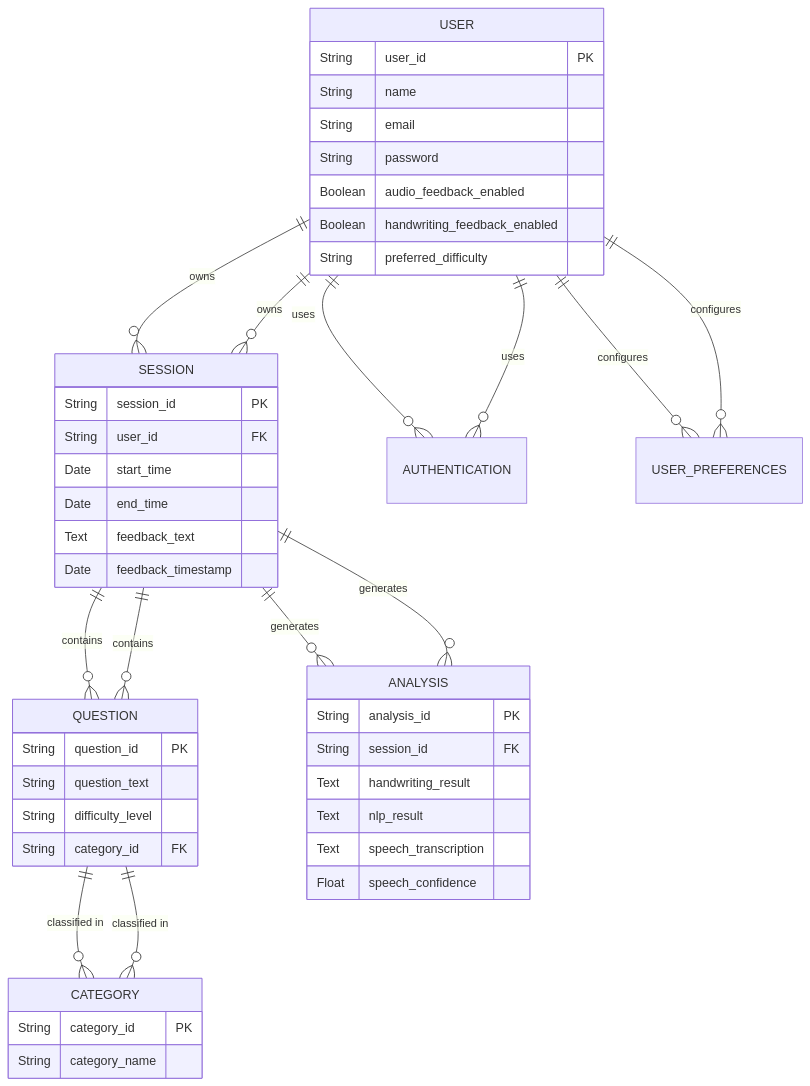
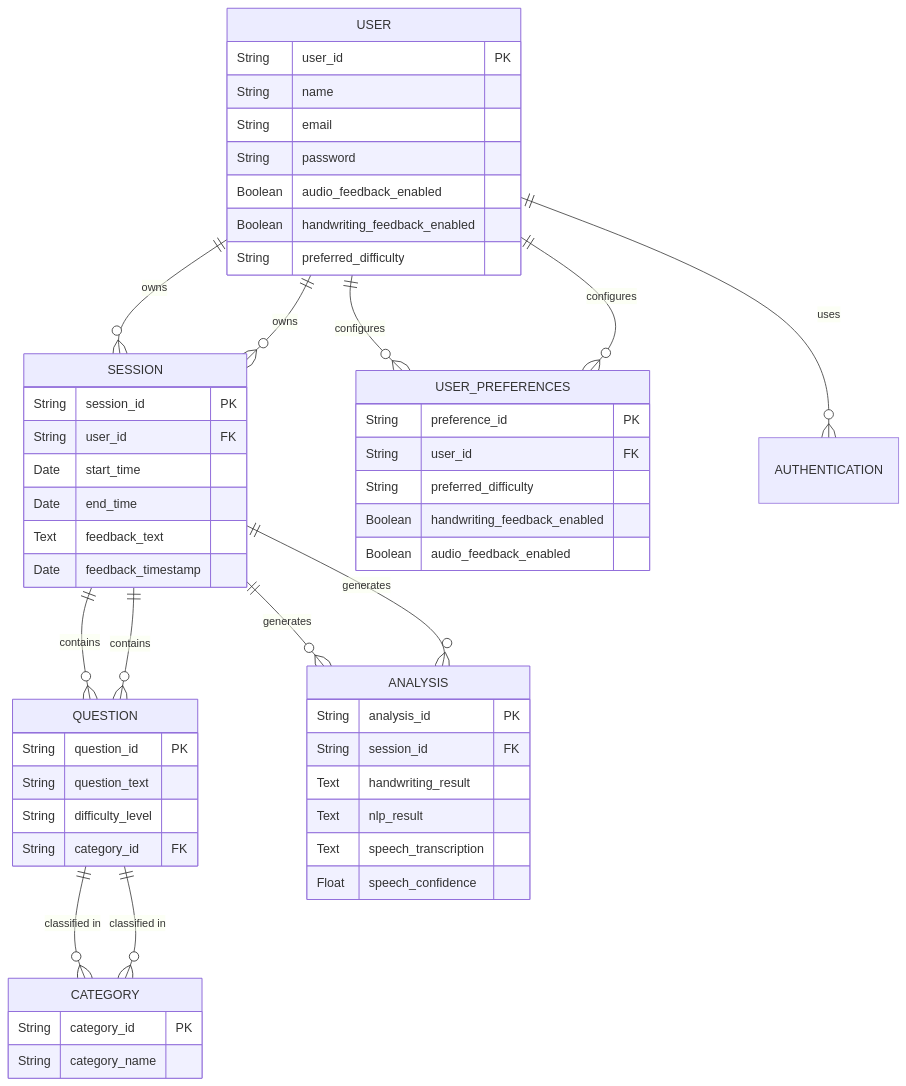
One commit to capstone-projects-2024-fall/project-whiteboardflow changed the diagram in documentation/docs/system-architecture/Database Diagrams.md. Above: the diagram before and after it, drawn with Mermaid. The commit also changed other lines of this file, not shown here.

Commit message:
Update Database Diagrams.md

````diff
--- a/documentation/docs/system-architecture/Database Diagrams.md
+++ b/documentation/docs/system-architecture/Database Diagrams.md
@@ -7,65 +7,71 @@
 ```mermaid
 erDiagram
 
      %% Entities and their attributes
 
     USER ||--o{ SESSION: "owns"
-    USER ||--o{ AUTHENTICATION: "uses"
     USER ||--o{ USER_PREFERENCES: "configures"
     SESSION ||--o{ QUESTION: "contains"
     SESSION ||--o{ ANALYSIS: "generates"
     QUESTION ||--o{ CATEGORY: "classified in"
 
     %% USER entity
     USER {
         String user_id PK
         String name
         String email
         String password
         Boolean audio_feedback_enabled
         Boolean handwriting_feedback_enabled
         String preferred_difficulty
     }
 
     %% SESSION entity
     SESSION {
         String session_id PK
         String user_id FK
         Date start_time
         Date end_time
         Text feedback_text
         Date feedback_timestamp
     }
 
     %% QUESTION entity
     QUESTION {
         String question_id PK
         String question_text
         String difficulty_level
         String category_id FK
     }
 
     %% CATEGORY entity
     CATEGORY {
         String category_id PK
         String category_name
     }
 
     %% ANALYSIS entity
     ANALYSIS {
         String analysis_id PK
         String session_id FK
         Text handwriting_result
         Text nlp_result
         Text speech_transcription
         Float speech_confidence
     }
-
+    %% USER_PREFERENCES entity
+    USER_PREFERENCES {
+        String preference_id PK   
+        String user_id FK
+        String preferred_difficulty
+        Boolean handwriting_feedback_enabled
+        Boolean audio_feedback_enabled
+    }
     %% Relationships
     USER ||--o{ SESSION: "owns"
     USER ||--o{ AUTHENTICATION: "uses"
     USER ||--o{ USER_PREFERENCES: "configures"
     SESSION ||--o{ QUESTION: "contains"
     SESSION ||--o{ ANALYSIS: "generates"
     QUESTION ||--o{ CATEGORY: "classified in"
 ```
````
